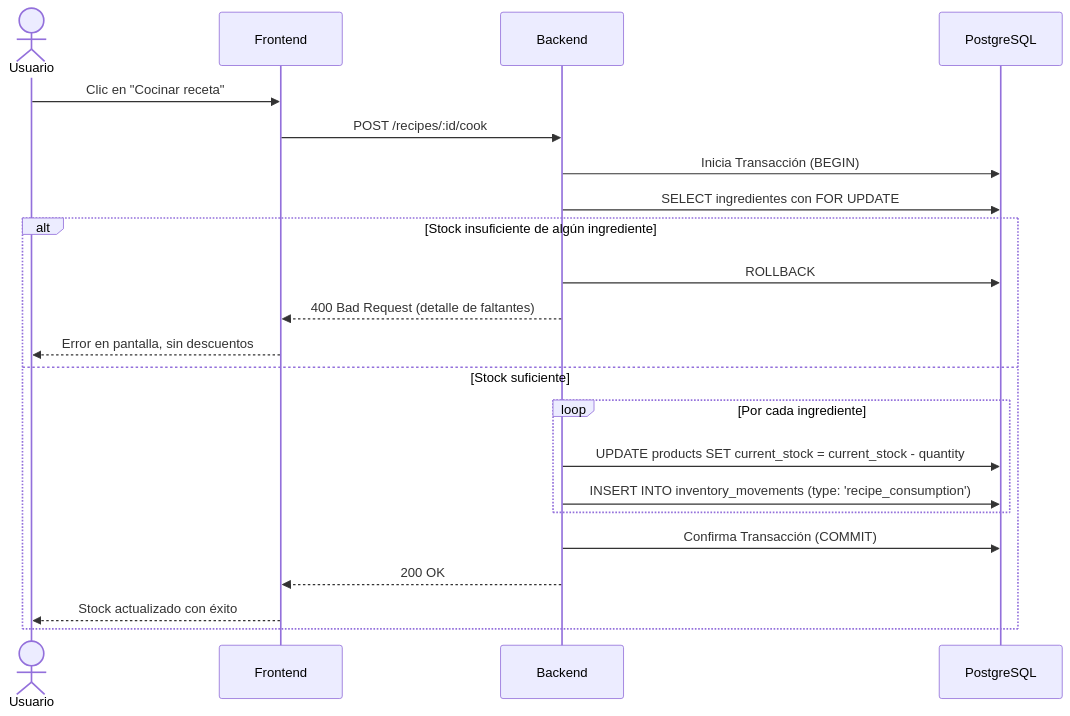
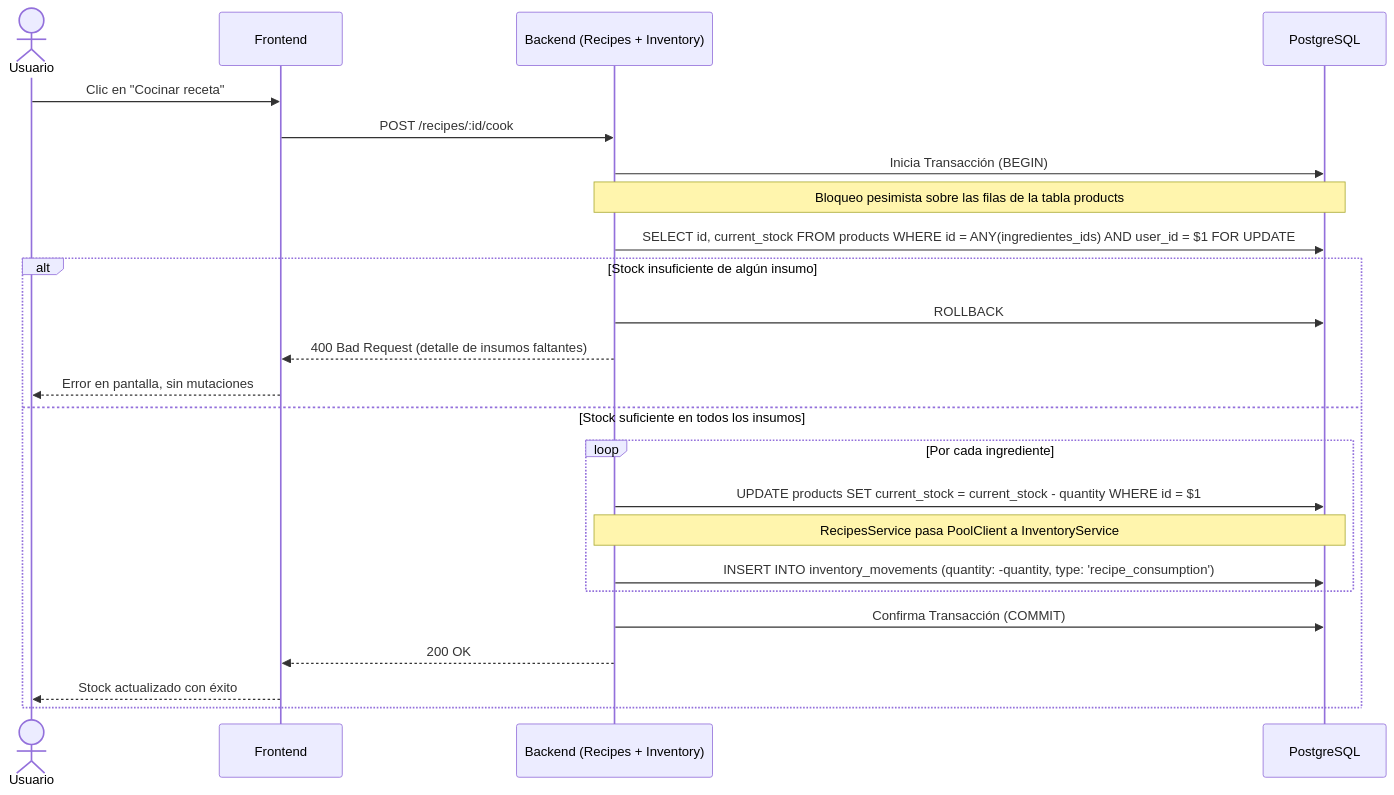
Before and after one commit to AlejandroPedrosa/Nido-SmartHome: the fourth of 7 diagrams in docs/modulos.md, drawn with Mermaid. The commit also changed other lines of this file and 4 other files, not shown here.

````diff
--- a/docs/modulos.md
+++ b/docs/modulos.md
@@ -505,26 +526,28 @@
 ```mermaid
 sequenceDiagram
     actor U as Usuario
     participant F as Frontend
-    participant B as Backend
+    participant B as Backend (Recipes + Inventory)
     participant DB as PostgreSQL
 
     U->>F: Clic en "Cocinar receta"
     F->>B: POST /recipes/:id/cook
     B->>DB: Inicia Transacción (BEGIN)
-    B->>DB: SELECT ingredientes con FOR UPDATE
+    Note over B,DB: Bloqueo pesimista sobre las filas de la tabla products
+    B->>DB: SELECT id, current_stock FROM products WHERE id = ANY(ingredientes_ids) AND user_id = $1 FOR UPDATE
     
-    alt Stock insuficiente de algún ingrediente
+    alt Stock insuficiente de algún insumo
         B->>DB: ROLLBACK
-        B-->>F: 400 Bad Request (detalle de faltantes)
-        F-->>U: Error en pantalla, sin descuentos
-    else Stock suficiente
+        B-->>F: 400 Bad Request (detalle de insumos faltantes)
+        F-->>U: Error en pantalla, sin mutaciones
+    else Stock suficiente en todos los insumos
         loop Por cada ingrediente
-            B->>DB: UPDATE products SET current_stock = current_stock - quantity
-            B->>DB: INSERT INTO inventory_movements (type: 'recipe_consumption')
+            B->>DB: UPDATE products SET current_stock = current_stock - quantity WHERE id = $1
+            Note over B,DB: RecipesService pasa PoolClient a InventoryService
+            B->>DB: INSERT INTO inventory_movements (quantity: -quantity, type: 'recipe_consumption')
         end
         B->>DB: Confirma Transacción (COMMIT)
         B-->>F: 200 OK
         F-->>U: Stock actualizado con éxito
     end
 ```
````
